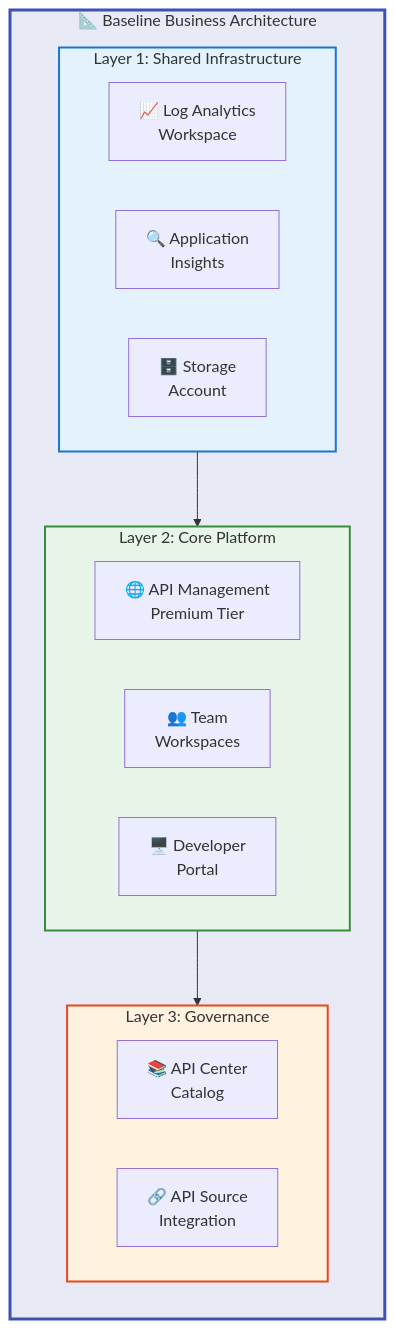
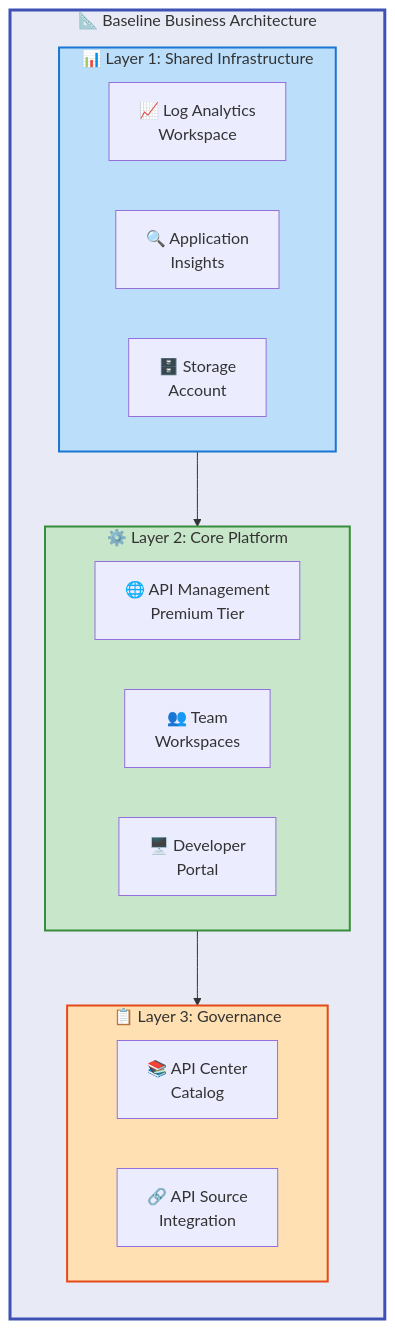
The sixth of 10 diagrams in docs/architecture/Business_Architecture_Document.md (Evilazaro/APIM-Accelerator), drawn with Mermaid before and after one commit. The commit also changed other lines of this file and 1 other file, not shown here.

Commit message:
Enhance Data Architecture Document with improved flowcharts and semantic icons for better clarity and visual appeal

````diff
--- a/docs/architecture/Business_Architecture_Document.md
+++ b/docs/architecture/Business_Architecture_Document.md
@@ -307,35 +325,39 @@
 ```mermaid
 %%{init: {"flowchart": {"htmlLabels": false}} }%%
+%% ============================================
+%% COLOR SCHEME: Hierarchical (baseline) + Semantic (layers)
+%% Level 1: #E8EAF6 | Infra=#BBDEFB | Platform=#C8E6C9 | Gov=#FFE0B2
+%% ============================================
 flowchart TB
     subgraph baseline["📐 Baseline Business Architecture"]
         direction TB
 
-        subgraph layer1["Layer 1: Shared Infrastructure"]
+        subgraph layer1["📊 Layer 1: Shared Infrastructure"]
             direction LR
             L1A["📈 Log Analytics<br/>Workspace"]
             L1B["🔍 Application<br/>Insights"]
             L1C["🗄️ Storage<br/>Account"]
         end
 
-        subgraph layer2["Layer 2: Core Platform"]
+        subgraph layer2["⚙️ Layer 2: Core Platform"]
             direction LR
             L2A["🌐 API Management<br/>Premium Tier"]
             L2B["👥 Team<br/>Workspaces"]
             L2C["🖥️ Developer<br/>Portal"]
         end
 
-        subgraph layer3["Layer 3: Governance"]
+        subgraph layer3["📋 Layer 3: Governance"]
             direction LR
             L3A["📚 API Center<br/>Catalog"]
             L3B["🔗 API Source<br/>Integration"]
         end
 
         layer1 --> layer2
         layer2 --> layer3
     end
 
     style baseline fill:#E8EAF6,stroke:#3F51B5,stroke-width:3px
-    style layer1 fill:#E3F2FD,stroke:#1976D2,stroke-width:2px
-    style layer2 fill:#E8F5E9,stroke:#388E3C,stroke-width:2px
-    style layer3 fill:#FFF3E0,stroke:#E64A19,stroke-width:2px
+    style layer1 fill:#BBDEFB,stroke:#1976D2,stroke-width:2px
+    style layer2 fill:#C8E6C9,stroke:#388E3C,stroke-width:2px
+    style layer3 fill:#FFE0B2,stroke:#E64A19,stroke-width:2px
 ```
````
